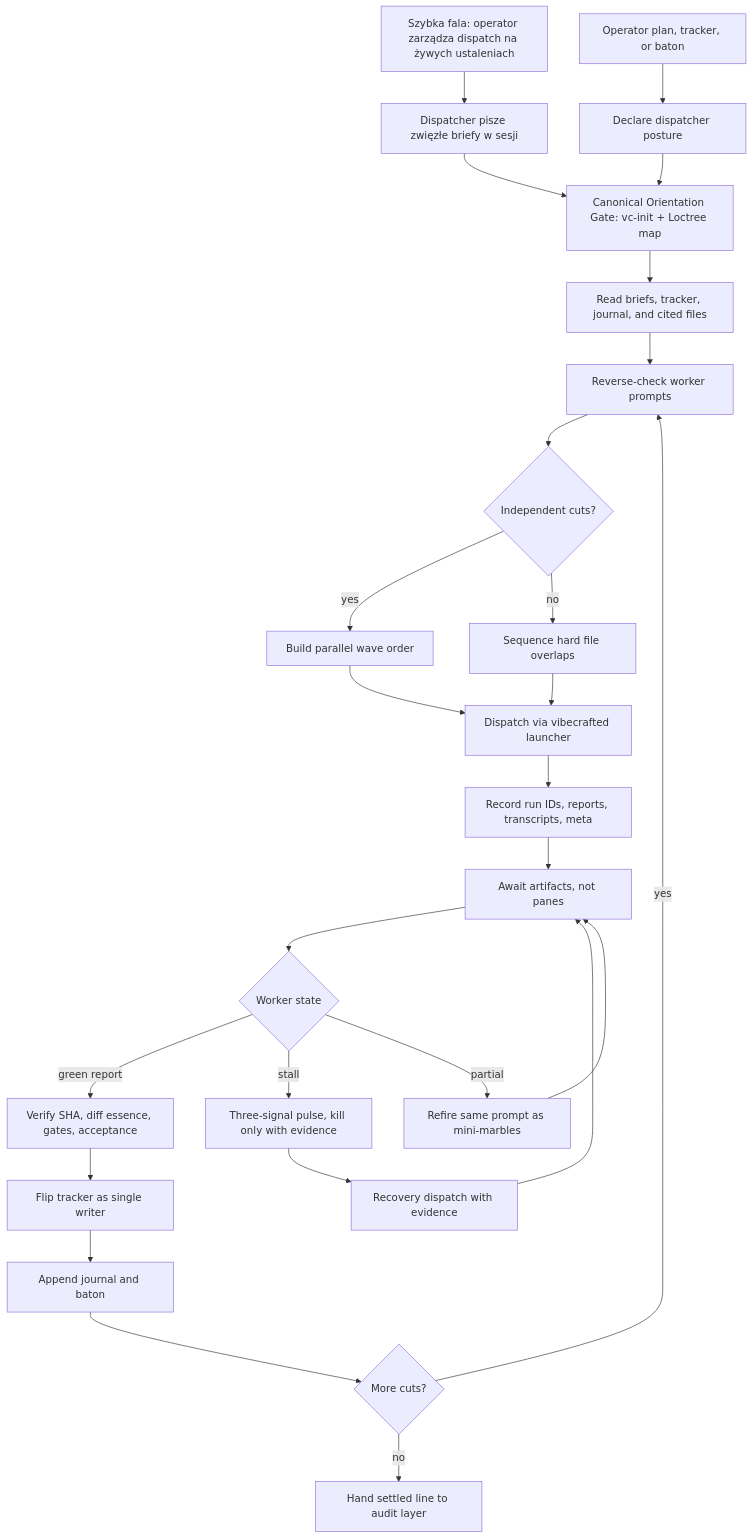
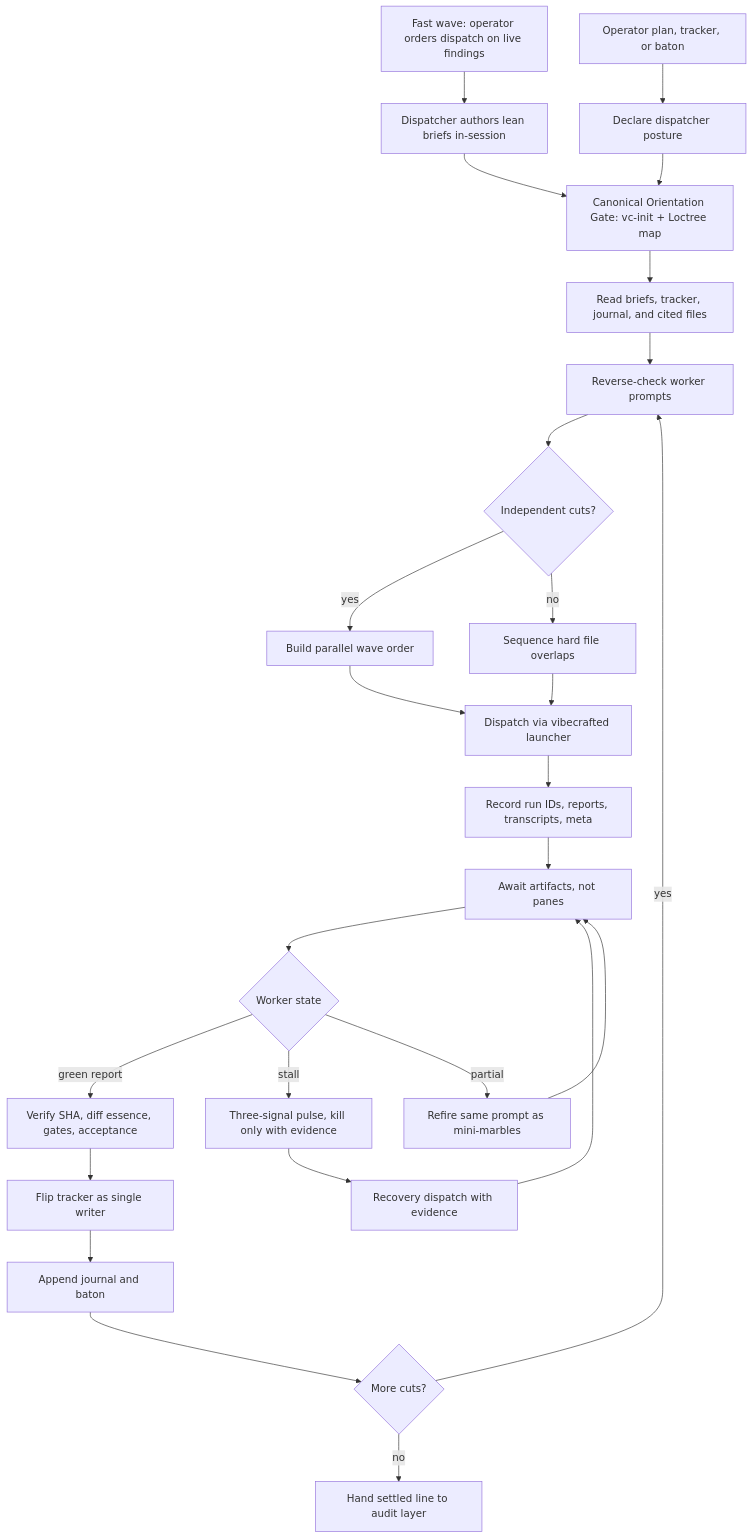
The diagram in vibecrafted-core/vibecrafted_core/skills/pl/vc-dispatch/FLOW.md (VetCoders/vibecrafted), drawn with Mermaid before and after one commit. The commit also changed 1 other file, not shown here.

Commit message:
[claude/interactive] fix(skills-pl): code blocks stay verbatim in PL mirrors
- pl FLOW.md: mermaid block byte-identical with canonical (localization spec:
  code blocks are not translated)
- pl fast-wave-brief.md: shell snippet placeholders match canonical verbatim

Addresses second-round Copilot threads on #64.

session_id: 760d0c62-f5af-49d7-a8a1-09532f6a9584

time: 2026-08-22T09:44:32+02:00

runtime: interactive

````diff
--- a/vibecrafted-core/vibecrafted_core/skills/pl/vc-dispatch/FLOW.md
+++ b/vibecrafted-core/vibecrafted_core/skills/pl/vc-dispatch/FLOW.md
@@ -11,28 +11,28 @@
 ```mermaid
 flowchart TD
     A[Operator plan, tracker, or baton] --> B[Declare dispatcher posture]
-    A2[Szybka fala: operator zarządza dispatch na żywych ustaleniach] --> B2[Dispatcher pisze zwięzłe briefy w sesji]
+    A2[Fast wave: operator orders dispatch on live findings] --> B2[Dispatcher authors lean briefs in-session]
     B2 --> C
     B --> C[Canonical Orientation Gate: vc-init + Loctree map]
     C --> D[Read briefs, tracker, journal, and cited files]
     D --> E[Reverse-check worker prompts]
     E --> F{Independent cuts?}
     F -->|yes| G[Build parallel wave order]
     F -->|no| H[Sequence hard file overlaps]
     G --> I[Dispatch via vibecrafted launcher]
     H --> I
     I --> J[Record run IDs, reports, transcripts, meta]
     J --> K[Await artifacts, not panes]
     K --> L{Worker state}
     L -->|green report| M[Verify SHA, diff essence, gates, acceptance]
     L -->|stall| N[Three-signal pulse, kill only with evidence]
     L -->|partial| O[Refire same prompt as mini-marbles]
     N --> P[Recovery dispatch with evidence]
     P --> K
     O --> K
     M --> Q[Flip tracker as single writer]
     Q --> R[Append journal and baton]
     R --> S{More cuts?}
     S -->|yes| E
     S -->|no| T[Hand settled line to audit layer]
 ```
````
